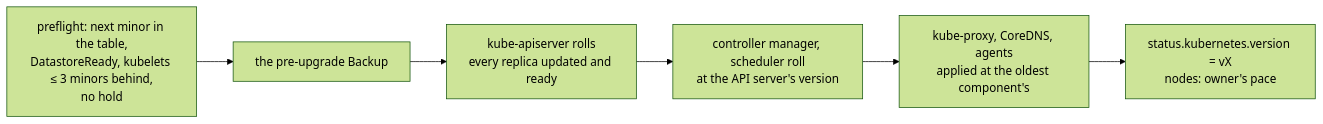
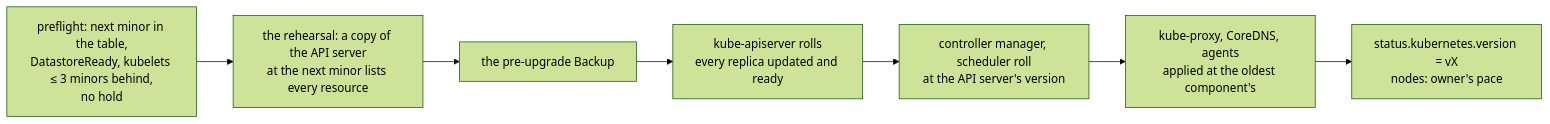
The fifth of 7 diagrams in docs/README.md (lodia-io/lodia), drawn with Mermaid (forest theme) before and after one commit. The commit also changed other lines of this file and 59 other files, not shown here.

First line of the commit message:
feat: rehearse a minor step on a copy of the tenant (#98)

````diff
--- a/docs/README.md
+++ b/docs/README.md
@@ -386,4 +389,4 @@
 ```mermaid
 flowchart LR
-  v["preflight: next minor in the table,<br/>DatastoreReady, kubelets ≤ 3 minors behind,<br/>no hold"] --> b["the pre-upgrade Backup"] --> kas["kube-apiserver rolls<br/>every replica updated and ready"] --> kcm["controller manager, scheduler roll<br/>at the API server's version"] --> add["kube-proxy, CoreDNS, agents<br/>applied at the oldest component's"] --> done["status.kubernetes.version = vX<br/>nodes: owner's pace"]
+  v["preflight: next minor in the table,<br/>DatastoreReady, kubelets ≤ 3 minors behind,<br/>no hold"] --> r["the rehearsal: a copy of the API server<br/>at the next minor lists every resource"] --> b["the pre-upgrade Backup"] --> kas["kube-apiserver rolls<br/>every replica updated and ready"] --> kcm["controller manager, scheduler roll<br/>at the API server's version"] --> add["kube-proxy, CoreDNS, agents<br/>applied at the oldest component's"] --> done["status.kubernetes.version = vX<br/>nodes: owner's pace"]
 ```
````
